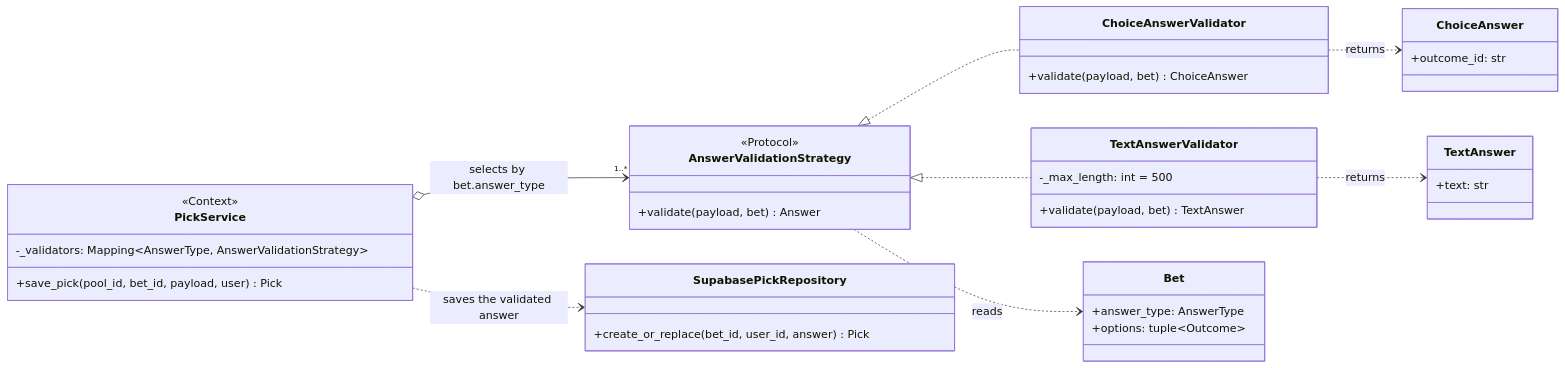
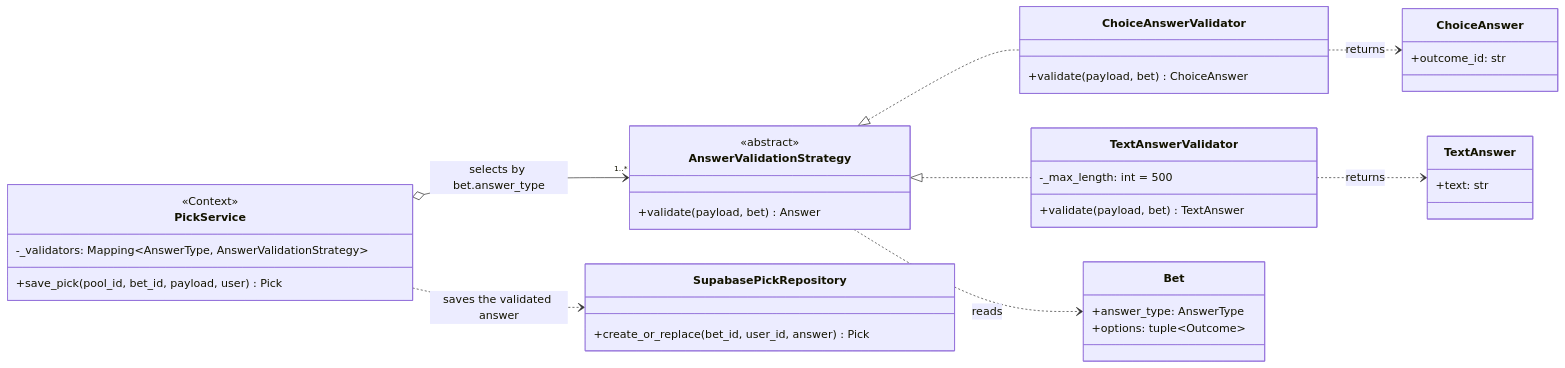
One commit to MESW-LES-2627/les-project-group-8 changed the diagram in docs/design.md. Above: the diagram before and after it, drawn with Mermaid. The commit also changed other lines of this file and 3 other files, not shown here.

````diff
--- a/docs/design.md
+++ b/docs/design.md
@@ -418,40 +418,40 @@
 ```mermaid
 classDiagram
     direction LR
     class PickService {
         <<Context>>
         -_validators: Mapping~AnswerType, AnswerValidationStrategy~
         +save_pick(pool_id, bet_id, payload, user) Pick
     }
     class AnswerValidationStrategy {
-        <<Protocol>>
+        <<abstract>>
         +validate(payload, bet) Answer
     }
     class ChoiceAnswerValidator {
         +validate(payload, bet) ChoiceAnswer
     }
     class TextAnswerValidator {
         -_max_length: int = 500
         +validate(payload, bet) TextAnswer
     }
     class Bet {
         +answer_type: AnswerType
         +options: tuple~Outcome~
     }
     class ChoiceAnswer {
         +outcome_id: str
     }
     class TextAnswer {
         +text: str
     }
     class SupabasePickRepository {
         +create_or_replace(bet_id, user_id, answer) Pick
     }
     PickService o--> "1..*" AnswerValidationStrategy : selects by bet.answer_type
     AnswerValidationStrategy <|.. ChoiceAnswerValidator
     AnswerValidationStrategy <|.. TextAnswerValidator
     AnswerValidationStrategy ..> Bet : reads
     ChoiceAnswerValidator ..> ChoiceAnswer : returns
     TextAnswerValidator ..> TextAnswer : returns
     PickService ..> SupabasePickRepository : saves the validated answer
 ```
````
